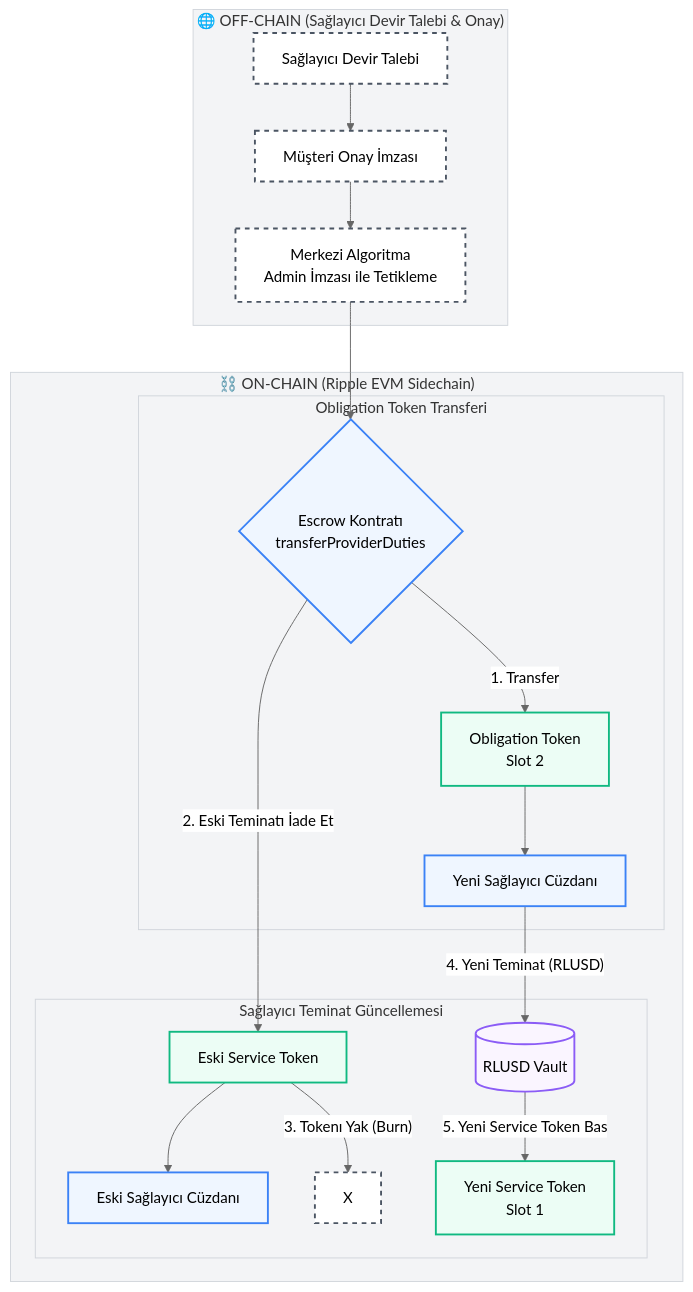
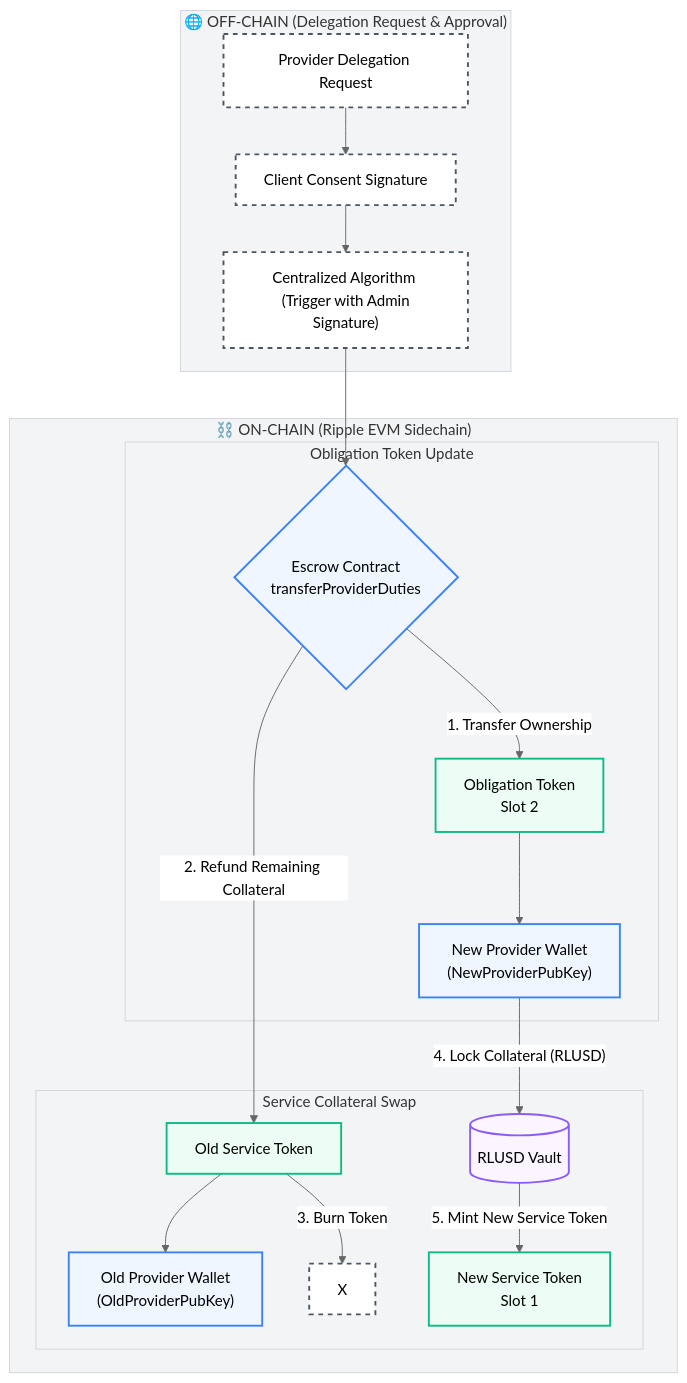
The third of 4 diagrams in README.md (emirrmk/escrow-flow-diagrams), drawn with Mermaid before and after one commit. The commit also changed other lines of this file, not shown here.

Commit message:
Update README.md with detailed slot/id fields in English

````diff
--- a/README.md
+++ b/README.md
@@ -84,31 +91,31 @@
 ```mermaid
 %%{init: {'theme': 'neutral', 'themeVariables': { 'primaryColor': '#f9fafb', 'edgeLabelBackground':'#ffffff', 'clusterBkg':'#f3f4f6', 'clusterBorder':'#d1d5db'}}}%%
 graph TD
     classDef offChainNode fill:#ffffff,stroke:#4b5563,stroke-width:2px,stroke-dasharray: 5 5;
     classDef onChainNode fill:#eff6ff,stroke:#3b82f6,stroke-width:2px;
     classDef tokenNode fill:#ecfdf5,stroke:#10b981,stroke-width:2px;
     classDef databaseNode fill:#faf5ff,stroke:#8b5cf6,stroke-width:2px;
 
-    subgraph OffChain ["🌐 OFF-CHAIN (Sağlayıcı Devir Talebi & Onay)"]
-        Req["Sağlayıcı Devir Talebi"]:::offChainNode --> CustSign["Müşteri Onay İmzası"]:::offChainNode
-        CustSign --> Alg["Merkezi Algoritma <br> Admin İmzası ile Tetikleme"]:::offChainNode
+    subgraph OffChain ["🌐 OFF-CHAIN (Delegation Request & Approval)"]
+        Req["Provider Delegation Request"]:::offChainNode --> CustSign["Client Consent Signature"]:::offChainNode
+        CustSign --> Alg["Centralized Algorithm <br> (Trigger with Admin Signature)"]:::offChainNode
     end
 
     subgraph OnChain ["⛓️ ON-CHAIN (Ripple EVM Sidechain)"]
-        Alg --> TransferCall{"Escrow Kontratı <br> transferProviderDuties"}:::onChainNode
+        Alg --> TransferCall{"Escrow Contract <br> transferProviderDuties"}:::onChainNode
         
-        subgraph Branch1 ["Obligation Token Transferi"]
-            TransferCall -- "1. Transfer" --> OT["Obligation Token <br> Slot 2"]:::tokenNode
-            OT --> NewProv["Yeni Sağlayıcı Cüzdanı"]:::onChainNode
+        subgraph Branch1 ["Obligation Token Update"]
+            TransferCall -- "1. Transfer Ownership" --> OT["Obligation Token <br> Slot 2"]:::tokenNode
+            OT --> NewProv["New Provider Wallet <br> (NewProviderPubKey)"]:::onChainNode
         end
 
-        subgraph Branch2 ["Sağlayıcı Teminat Güncellemesi"]
-            TransferCall -- "2. Eski Teminatı İade Et" --> OldST["Eski Service Token"]:::tokenNode
-            OldST --> OldProv["Eski Sağlayıcı Cüzdanı"]:::onChainNode
-            OldST -- "3. Tokenı Yak (Burn)" --> BurnX[X]:::offChainNode
+        subgraph Branch2 ["Service Collateral Swap"]
+            TransferCall -- "2. Refund Remaining Collateral" --> OldST["Old Service Token"]:::tokenNode
+            OldST --> OldProv["Old Provider Wallet <br> (OldProviderPubKey)"]:::onChainNode
+            OldST -- "3. Burn Token" --> BurnX[X]:::offChainNode
             
-            NewProv -- "4. Yeni Teminat (RLUSD)" --> Pool[("RLUSD Vault")]:::databaseNode
-            Pool -- "5. Yeni Service Token Bas" --> NewST["Yeni Service Token <br> Slot 1"]:::tokenNode
+            NewProv -- "4. Lock Collateral (RLUSD)" --> Pool[("RLUSD Vault")]:::databaseNode
+            Pool -- "5. Mint New Service Token" --> NewST["New Service Token <br> Slot 1"]:::tokenNode
         end
     end
 ```
````
